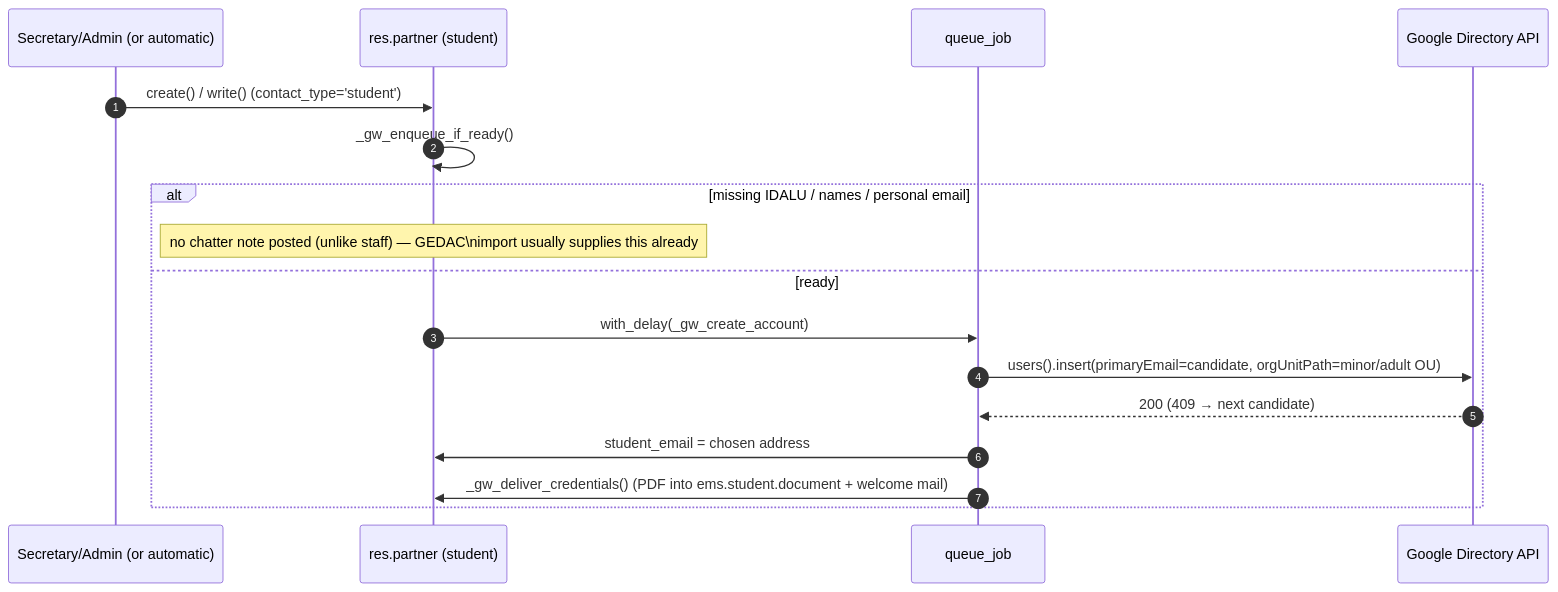
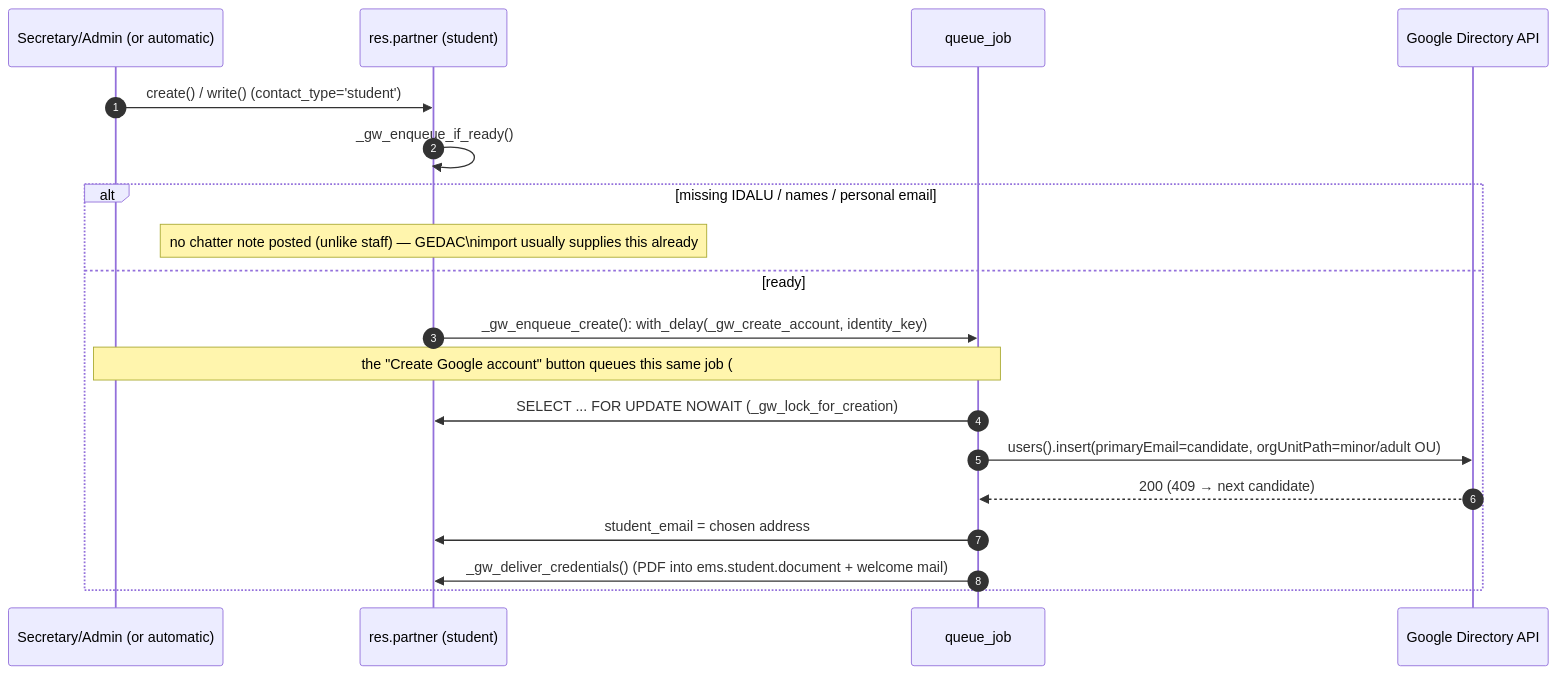
One commit to ElPuig/EMS changed the first of 6 diagrams in docs/en/developers/contacts/google_workspace_student.md. Above: the diagram before and after it, drawn with Mermaid. The commit also changed other lines of this file and 106 other files, not shown here.

````diff
--- a/docs/en/developers/contacts/google_workspace_student.md
+++ b/docs/en/developers/contacts/google_workspace_student.md
@@ -20,20 +20,22 @@
 ```mermaid
 sequenceDiagram
     autonumber
     participant U as Secretary/Admin (or automatic)
     participant P as res.partner (student)
     participant Q as queue_job
     participant G as Google Directory API
 
     U->>P: create() / write() (contact_type='student')
     P->>P: _gw_enqueue_if_ready()
     alt missing IDALU / names / personal email
         Note over P: no chatter note posted (unlike staff) — GEDAC\nimport usually supplies this already
     else ready
-        P->>Q: with_delay(_gw_create_account)
+        P->>Q: _gw_enqueue_create(): with_delay(_gw_create_account, identity_key)
+        Note over U,Q: the "Create Google account" button queues this same job (#582)
+        Q->>P: SELECT ... FOR UPDATE NOWAIT (_gw_lock_for_creation)
         Q->>G: users().insert(primaryEmail=candidate, orgUnitPath=minor/adult OU)
         G-->>Q: 200 (409 → next candidate)
         Q->>P: student_email = chosen address
         Q->>P: _gw_deliver_credentials() (PDF into ems.student.document + welcome mail)
     end
 ```
````
